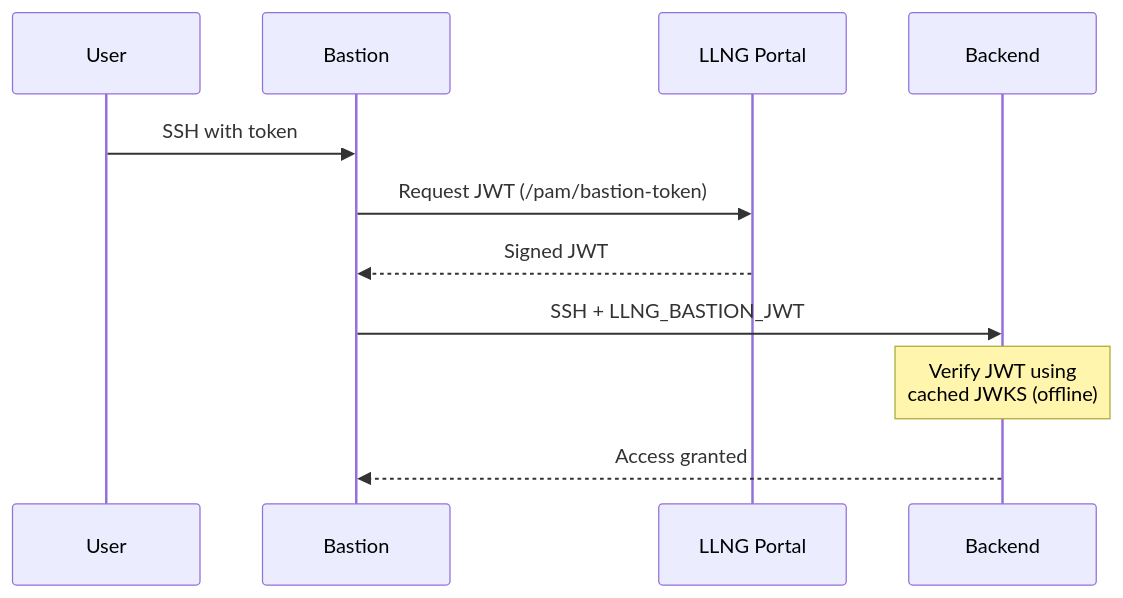
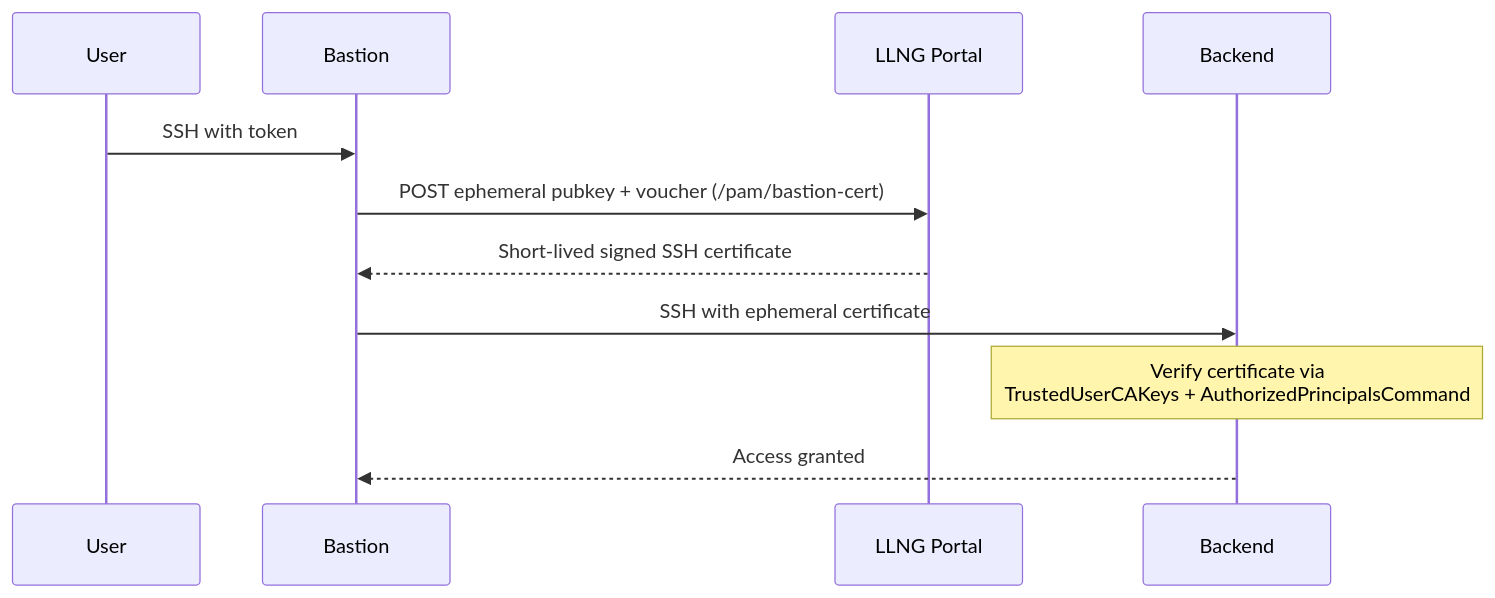
One commit to linagora/open-bastion changed the third of 3 diagrams in docker-demo-token/README.md. Above: the diagram before and after it, drawn with Mermaid. The commit also changed other lines of this file and 12 other files, not shown here.

````diff
--- a/docker-demo-token/README.md
+++ b/docker-demo-token/README.md
@@ -136,16 +136,16 @@
 ```mermaid
 sequenceDiagram
     participant User
     participant Bastion
     participant LLNG as LLNG Portal
     participant Backend
 
     User->>Bastion: SSH with token
-    Bastion->>LLNG: Request JWT (/pam/bastion-token)
-    LLNG-->>Bastion: Signed JWT
+    Bastion->>LLNG: POST ephemeral pubkey + voucher (/pam/bastion-cert)
+    LLNG-->>Bastion: Short-lived signed SSH certificate
 
-    Bastion->>Backend: SSH + LLNG_BASTION_JWT
+    Bastion->>Backend: SSH with ephemeral certificate
 
-    Note over Backend: Verify JWT using<br/>cached JWKS (offline)
+    Note over Backend: Verify certificate via<br/>TrustedUserCAKeys + AuthorizedPrincipalsCommand
     Backend-->>Bastion: Access granted
 ```
````
